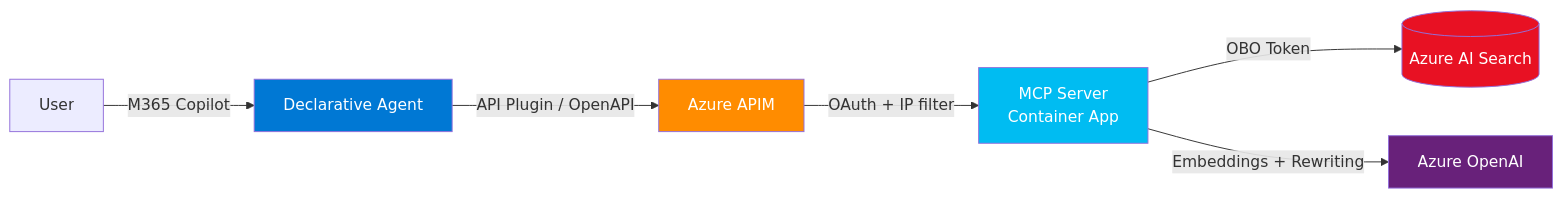
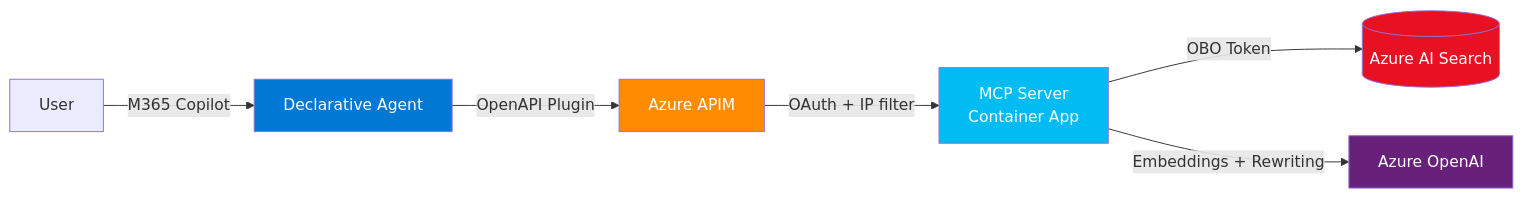
Before and after one commit to ostefka/AgentsAdvancedSearch: the fifth of 12 diagrams in COMPARISON.md, drawn with Mermaid. The commit also changed other lines of this file, not shown here.

Commit message:
Fix arch diagrams: remove unnecessary Azure OpenAI from #2/#3/#4, fix #5 to OpenAPI plugin, add Foundry IQ SPO ingest to #7

````diff
--- a/COMPARISON.md
+++ b/COMPARISON.md
@@ -93,13 +90,13 @@
 ```mermaid
 flowchart LR
     U[User] -->|M365 Copilot| DA[Declarative Agent]
-    DA -->|API Plugin / OpenAPI| APIM[Azure APIM]
+    DA -->|OpenAPI Plugin| APIM[Azure APIM]
     APIM -->|OAuth + IP filter| MCP[MCP Server<br/>Container App]
     MCP -->|OBO Token| AIS[(Azure AI Search)]
     MCP -->|Embeddings + Rewriting| AOAI[Azure OpenAI]
     style DA fill:#0078d4,color:#fff
     style APIM fill:#ff8c00,color:#fff
     style MCP fill:#00bcf2,color:#fff
     style AIS fill:#e81123,color:#fff
     style AOAI fill:#68217a,color:#fff
 ```
````
